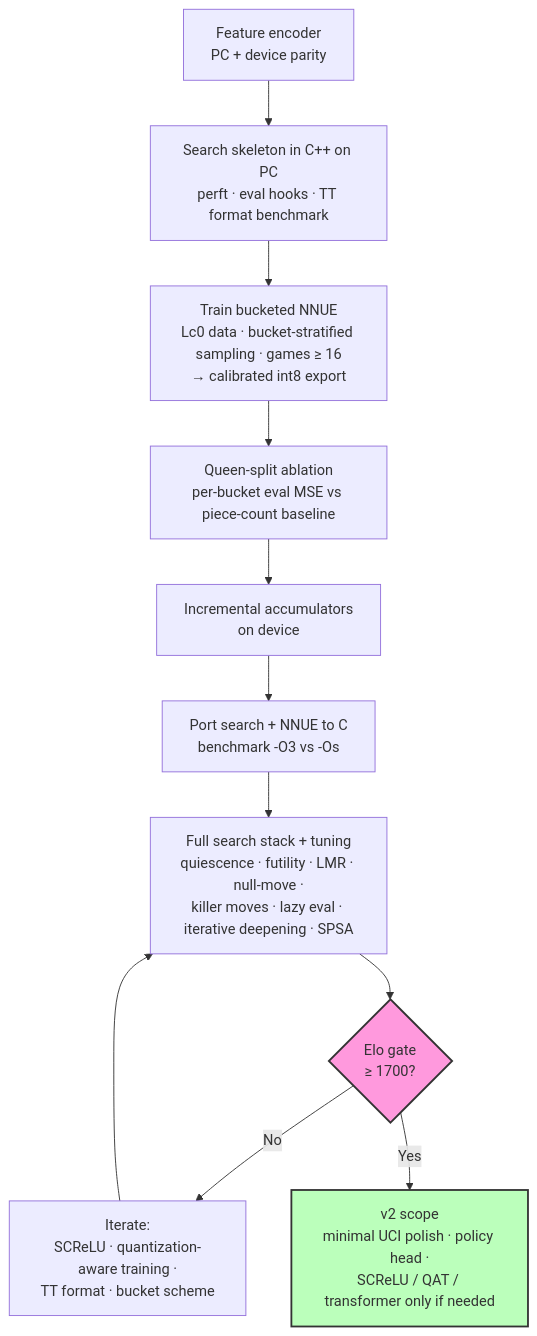
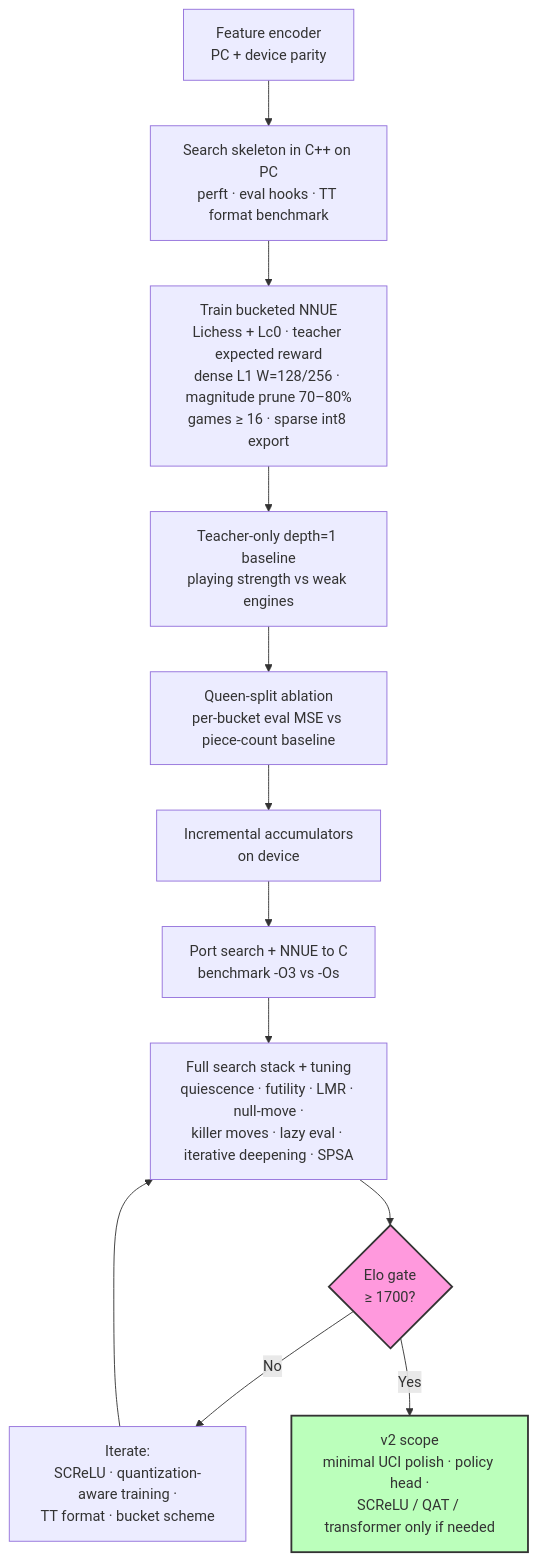
Before and after one commit to Omega97/TinyML_Internship: the first of 3 diagrams in NOTES/SARDINE Engine Blueprint.md, drawn with Mermaid. The commit also changed other lines of this file and 4 other files, not shown here.

````diff
--- a/NOTES/SARDINE Engine Blueprint.md
+++ b/NOTES/SARDINE Engine Blueprint.md
@@ -31,15 +31,16 @@
 ```mermaid
 flowchart TD
     A["Feature encoder<br/>PC + device parity"] --> B["Search skeleton in C++ on PC<br/>perft · eval hooks · TT format benchmark"]
-    B --> C["Train bucketed NNUE<br/>Lc0 data · bucket-stratified sampling · games ≥ 16<br/>→ calibrated int8 export"]
-    C --> D["Queen-split ablation<br/>per-bucket eval MSE vs piece-count baseline"]
+    B --> C["Train bucketed NNUE<br/>Lichess + Lc0 · teacher expected reward<br/>dense L1 W=128/256 · magnitude prune 70–80%<br/>games ≥ 16 · sparse int8 export"]
+    C --> C1["Teacher-only depth=1 baseline<br/>playing strength vs weak engines"]
+    C1 --> D["Queen-split ablation<br/>per-bucket eval MSE vs piece-count baseline"]
     D --> E["Incremental accumulators<br/>on device"]
     E --> F["Port search + NNUE to C<br/>benchmark -O3 vs -Os"]
     F --> G["Full search stack + tuning<br/>quiescence · futility · LMR · null-move ·<br/>killer moves · lazy eval · iterative deepening · SPSA"]
     G --> H{"Elo gate<br/>≥ 1700?"}
     H -- "No" --> I["Iterate:<br/>SCReLU · quantization-aware training ·<br/>TT format · bucket scheme"]
     I --> G
     H -- "Yes" --> J["v2 scope<br/>minimal UCI polish · policy head ·<br/>SCReLU / QAT / transformer only if needed"]
     style H fill:#f9d,stroke:#333,stroke-width:2px
     style J fill:#bfb,stroke:#333,stroke-width:2px
 ```
````
